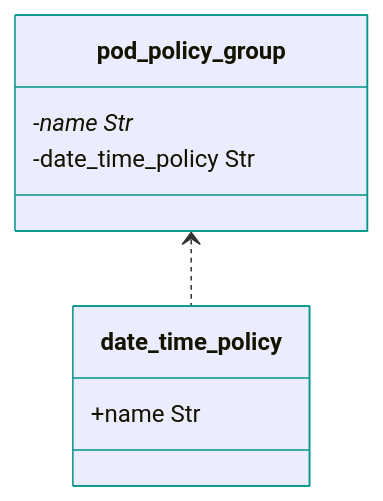
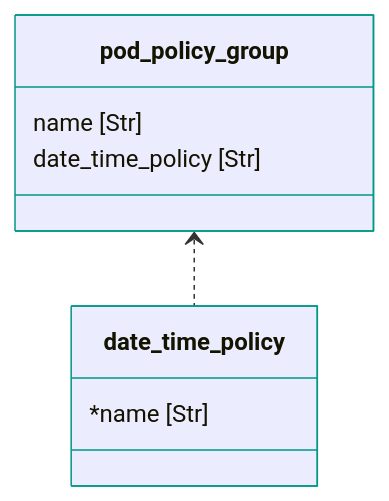
Before and after one commit to netascode/terraform-aci-nac-aci: the third of 3 diagrams in docs/data_model/overview.md, drawn with Mermaid. The commit also changed other lines of this file and 1 other file, not shown here.

Commit message:
Improve diagram readability

````diff
--- a/docs/data_model/overview.md
+++ b/docs/data_model/overview.md
@@ -36,8 +35,8 @@
 ```mermaid
 %%{init: {'themeVariables': {'nodeBorder': '#009688'}}}%%
 classDiagram
 pod_policy_group <.. date_time_policy
-pod_policy_group : -name Str *
-pod_policy_group : -date_time_policy Str
-date_time_policy : +name Str
+pod_policy_group : name [Str]
+pod_policy_group : date_time_policy [Str]
+date_time_policy : *name [Str]
 ```
````
